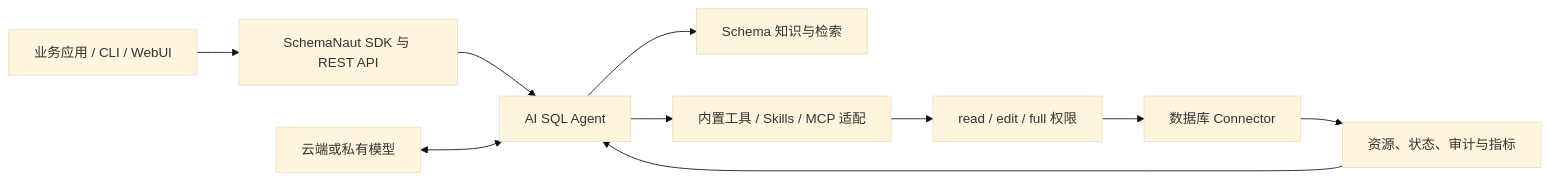
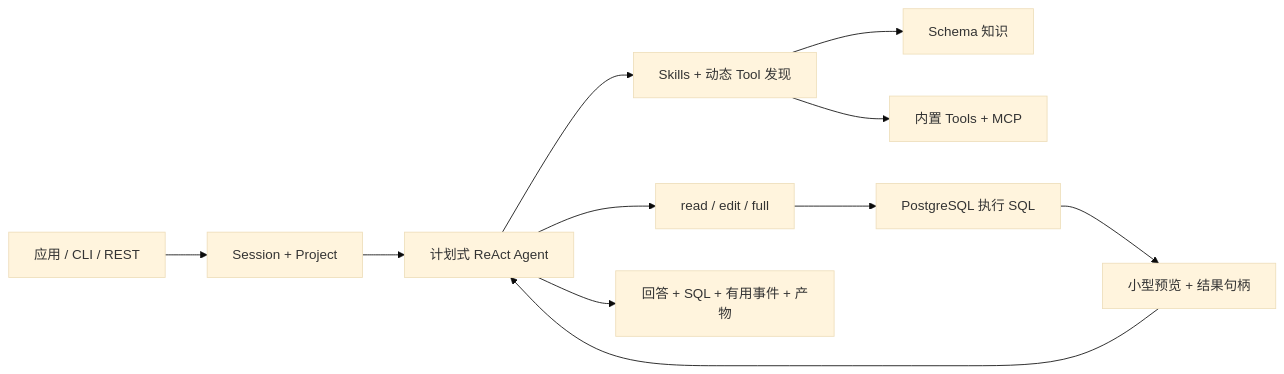
The diagram in README.zh-CN.md (SylvanasW1ndrunner/Nexus), drawn with Mermaid (base theme) before and after one commit. The commit also changed other lines of this file and 251 other files, not shown here.

Commit message:
feat: publish audited SchemaNaut v0.1 alpha

````diff
--- a/README.zh-CN.md
+++ b/README.zh-CN.md
@@ -39,12 +43,13 @@
 ```mermaid
 flowchart LR
-    App["业务应用 / CLI / WebUI"] --> SDK["SchemaNaut SDK 与 REST API"]
-    SDK --> Agent["AI SQL Agent"]
-    Agent --> Knowledge["Schema 知识与检索"]
-    Agent --> Tools["内置工具 / Skills / MCP 适配"]
-    Tools --> Policy["read / edit / full 权限"]
-    Policy --> DB["数据库 Connector"]
-    DB --> State["资源、状态、审计与指标"]
-    State --> Agent
-    Model["云端或私有模型"] <--> Agent
+    User["应用 / CLI / REST"] --> Session["Session + Project"]
+    Session --> Agent["计划式 ReAct Agent"]
+    Agent --> Discover["Skills + 动态 Tool 发现"]
+    Discover --> Knowledge["Schema 知识"]
+    Discover --> Extensions["内置 Tools + MCP"]
+    Agent --> Policy["read / edit / full"]
+    Policy --> PostgreSQL["PostgreSQL 执行 SQL"]
+    PostgreSQL --> Preview["小型预览 + 结果句柄"]
+    Preview --> Agent
+    Agent --> Output["回答 + SQL + 有用事件 + 产物"]
 ```
````
